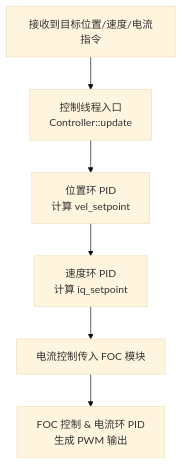
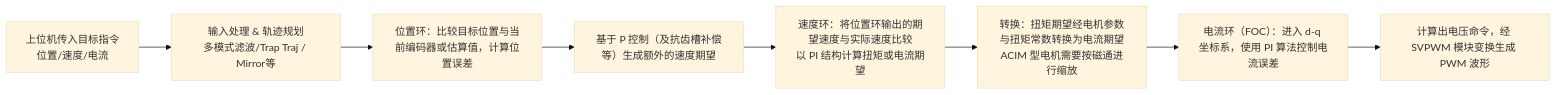
Before and after one commit to MoonGrt/Wheel_Robot: the second of 3 diagrams in README_cn.md, drawn with Mermaid (base theme). The commit also changed other lines of this file and 3 other files, not shown here.

````diff
--- a/README_cn.md
+++ b/README_cn.md
@@ -817,8 +497,10 @@
-```mermaid
-graph TD
-    A[接收到目标位置/速度/电流指令] --> B[控制线程入口<br> Controller::update]
-    B --> C[位置环 PID<br>计算 vel_setpoint]
-    C --> D[速度环 PID<br>计算 iq_setpoint]
-    D --> E[电流控制传入 FOC 模块]
-    E --> F[FOC 控制 & 电流环 PID<br>生成 PWM 输出]
-```
+  ```mermaid
+  graph LR
+      A[上位机传入目标指令<br>位置/速度/电流] --> B[输入处理 & 轨迹规划<br>多模式滤波/Trap Traj / Mirror等]
+      B --> C[位置环：比较目标位置与当前编码器或估算值，计算位置误差]
+      C --> D[基于 P 控制（及抗齿槽补偿等）生成额外的速度期望]
+      D --> E[速度环：将位置环输出的期望速度与实际速度比较<br>以 PI 结构计算扭矩或电流期望]
+      E --> F[转换：扭矩期望经电机参数与扭矩常数转换为电流期望<br>ACIM 型电机需要按磁通进行缩放]
+      F --> G[电流环（FOC）：进入 d-q 坐标系，使用 PI 算法控制电流误差]
+      G --> H[计算出电压命令，经 SVPWM 模块变换生成 PWM 波形]
+  ```
````
